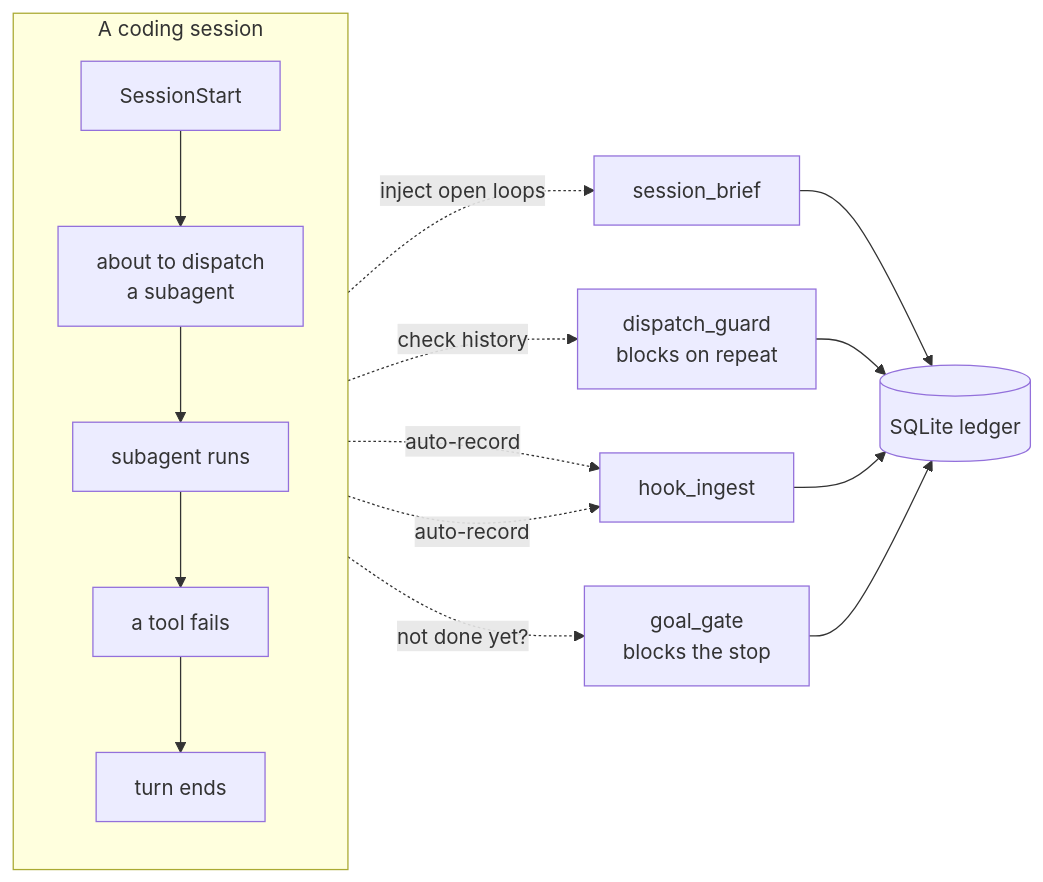
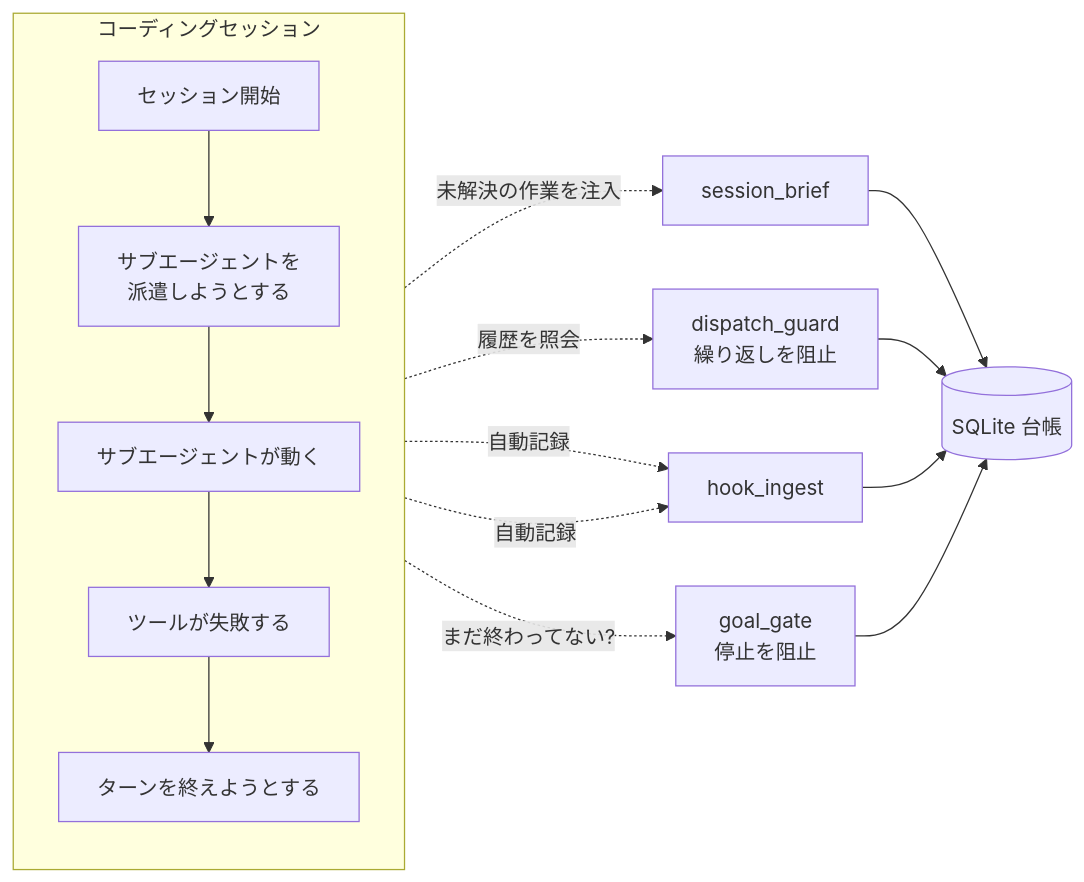
One commit to watasisaikou/nagi-ledger changed the diagram in README.md. Above: the diagram before and after it, drawn with Mermaid. The commit also changed other lines of this file and 1 other file, not shown here.

````diff
--- a/README.md
+++ b/README.md
@@ -24,21 +26,21 @@
 ```mermaid
 flowchart LR
-    subgraph session["A coding session"]
+    subgraph session["コーディングセッション"]
         direction TB
-        S["SessionStart"] --> D["about to dispatch<br/>a subagent"]
-        D --> R["subagent runs"]
-        R --> F["a tool fails"]
-        F --> E["turn ends"]
+        S["セッション開始"] --> D["サブエージェントを<br/>派遣しようとする"]
+        D --> R["サブエージェントが動く"]
+        R --> F["ツールが失敗する"]
+        F --> E["ターンを終えようとする"]
     end
 
-    S -. "inject open loops" .-> B["session_brief"]
-    D -. "check history" .-> G["dispatch_guard<br/>blocks on repeat"]
-    R -. "auto-record" .-> H["hook_ingest"]
-    F -. "auto-record" .-> H
-    E -. "not done yet?" .-> Q["goal_gate<br/>blocks the stop"]
+    S -. "未解決の作業を注入" .-> B["session_brief"]
+    D -. "履歴を照会" .-> G["dispatch_guard<br/>繰り返しを阻止"]
+    R -. "自動記録" .-> H["hook_ingest"]
+    F -. "自動記録" .-> H
+    E -. "まだ終わってない?" .-> Q["goal_gate<br/>停止を阻止"]
 
-    B --> L[("SQLite ledger")]
+    B --> L[("SQLite 台帳")]
     G --> L
     H --> L
     Q --> L
 ```
````
